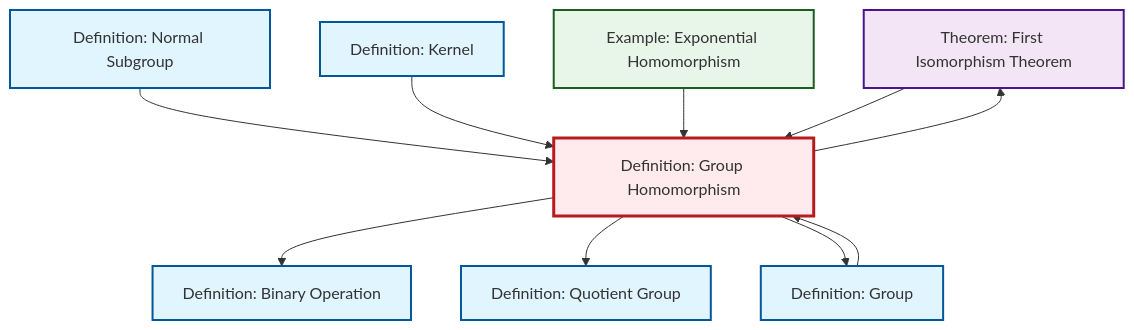
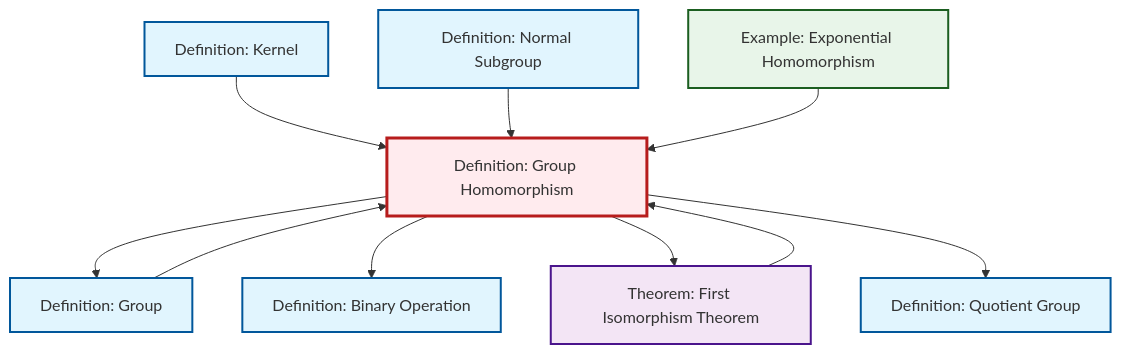
One commit to RK0429/ModernMath changed the diagram in content/en/algebra/def-homomorphism.qmd. Above: the diagram before and after it, drawn with Mermaid. The commit also changed other lines of this file and 491 other files, not shown here.

````diff
--- a/content/en/algebra/def-homomorphism.qmd
+++ b/content/en/algebra/def-homomorphism.qmd
@@ -61,34 +61,34 @@
 ```{mermaid}
 %%| fig-cap: "Local dependency graph"
 graph TD
     classDef definition fill:#e1f5fe,stroke:#01579b,stroke-width:2px
     classDef theorem fill:#f3e5f5,stroke:#4a148c,stroke-width:2px
     classDef axiom fill:#fff3e0,stroke:#e65100,stroke-width:2px
     classDef example fill:#e8f5e9,stroke:#1b5e20,stroke-width:2px
     classDef current fill:#ffebee,stroke:#b71c1c,stroke-width:3px
+    def-binary-operation["Definition: Binary Operation"]:::definition
+    def-kernel["Definition: Kernel"]:::definition
     thm-first-isomorphism["Theorem: First Isomorphism Theorem"]:::theorem
+    def-normal-subgroup["Definition: Normal Subgroup"]:::definition
+    def-group["Definition: Group"]:::definition
     def-homomorphism["Definition: Group Homomorphism"]:::definition
-    def-kernel["Definition: Kernel"]:::definition
-    def-group["Definition: Group"]:::definition
     ex-exponential-homomorphism["Example: Exponential Homomorphism"]:::example
-    def-binary-operation["Definition: Binary Operation"]:::definition
-    def-normal-subgroup["Definition: Normal Subgroup"]:::definition
     def-quotient-group["Definition: Quotient Group"]:::definition
+    def-kernel --> def-homomorphism
+    def-homomorphism --> def-group
+    def-homomorphism --> def-binary-operation
+    thm-first-isomorphism --> def-homomorphism
+    def-homomorphism --> thm-first-isomorphism
     def-normal-subgroup --> def-homomorphism
-    def-homomorphism --> def-binary-operation
-    def-kernel --> def-homomorphism
+    def-group --> def-homomorphism
+    def-homomorphism --> def-quotient-group
     ex-exponential-homomorphism --> def-homomorphism
-    def-homomorphism --> def-quotient-group
-    def-homomorphism --> def-group
-    thm-first-isomorphism --> def-homomorphism
-    def-group --> def-homomorphism
-    def-homomorphism --> thm-first-isomorphism
     class def-homomorphism current
+    click def-binary-operation "def-binary-operation.html" "Go to Binary Operation definition"
+    click def-kernel "def-kernel.html" "Go to Kernel definition"
     click thm-first-isomorphism "thm-first-isomorphism.html" "Go to First Isomorphism Theorem theorem"
-    click def-kernel "def-kernel.html" "Go to Kernel definition"
+    click def-normal-subgroup "def-normal-subgroup.html" "Go to Normal Subgroup definition"
     click def-group "def-group.html" "Go to Group definition"
     click ex-exponential-homomorphism "ex-exponential-homomorphism.html" "Go to Exponential Homomorphism example"
-    click def-binary-operation "def-binary-operation.html" "Go to Binary Operation definition"
-    click def-normal-subgroup "def-normal-subgroup.html" "Go to Normal Subgroup definition"
     click def-quotient-group "def-quotient-group.html" "Go to Quotient Group definition"
 ```
````
